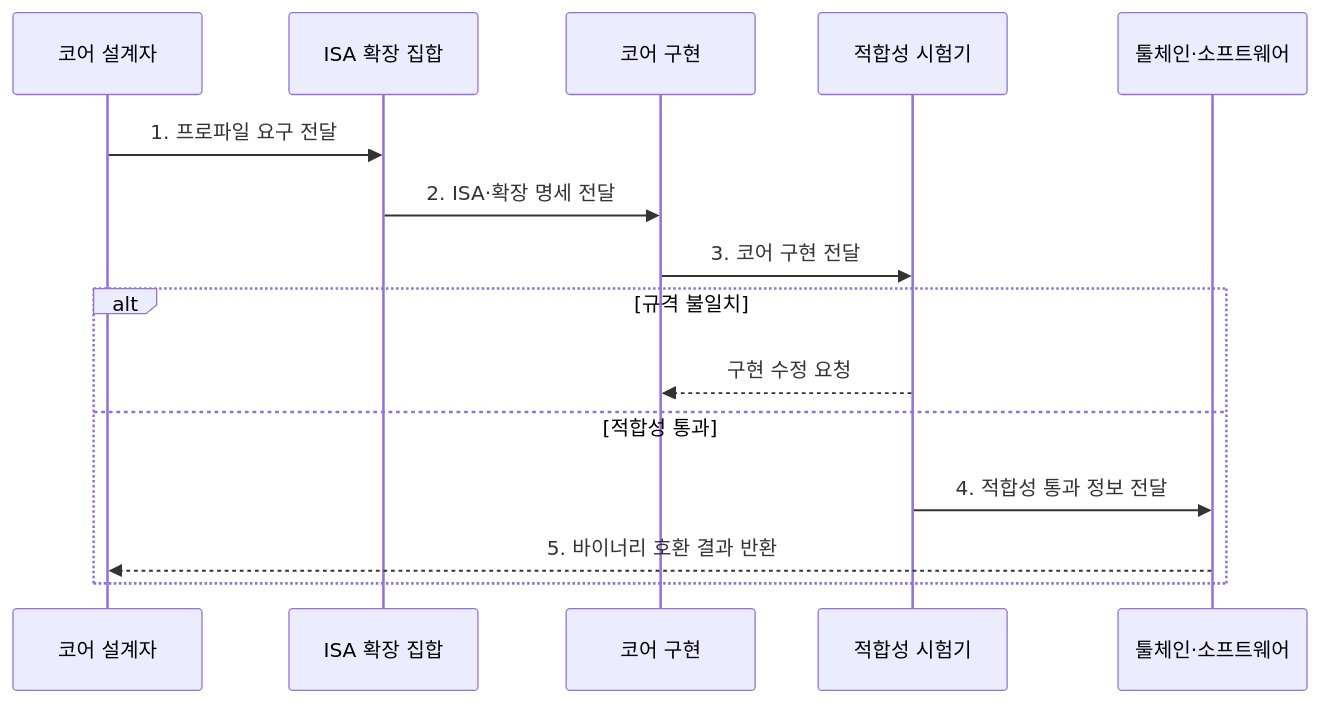
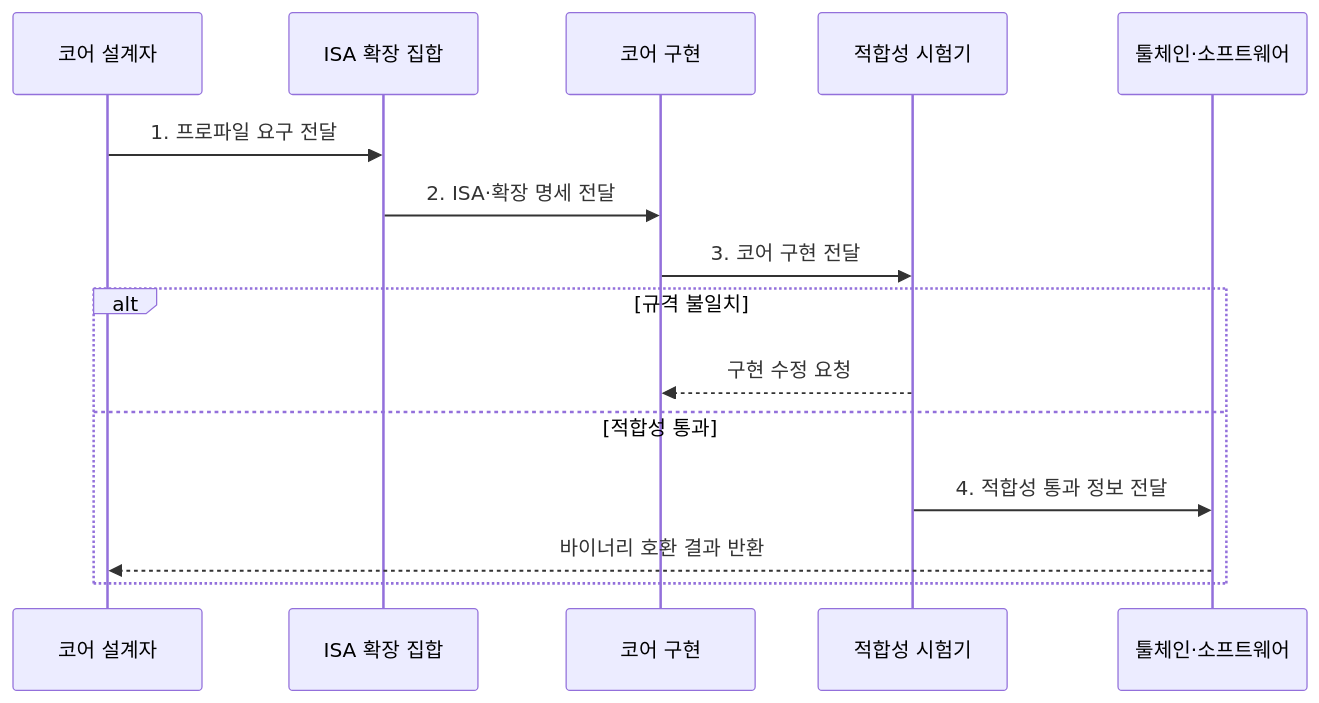
One commit to agnusdei1207/knowledge-base changed the second of 2 diagrams in src/content/docs/notes/02-hardware/004_risc_v.md. Above: the diagram before and after it, drawn with Mermaid. The commit also changed other lines of this file and 15 other files, not shown here.

````diff
--- a/src/content/docs/notes/02-hardware/004_risc_v.md
+++ b/src/content/docs/notes/02-hardware/004_risc_v.md
@@ -86,17 +86,17 @@
 ```mermaid
 sequenceDiagram
     participant D as 코어 설계자
     participant E as ISA 확장 집합
     participant C as 코어 구현
     participant T as 적합성 시험기
     participant S as 툴체인·소프트웨어
     D->>E: 1. 프로파일 요구 전달
     E->>C: 2. ISA·확장 명세 전달
     C->>T: 3. 코어 구현 전달
     alt 규격 불일치
         T-->>C: 구현 수정 요청
     else 적합성 통과
         T->>S: 4. 적합성 통과 정보 전달
-        S-->>D: 5. 바이너리 호환 결과 반환
+        S-->>D: 바이너리 호환 결과 반환
     end
 ```
````
